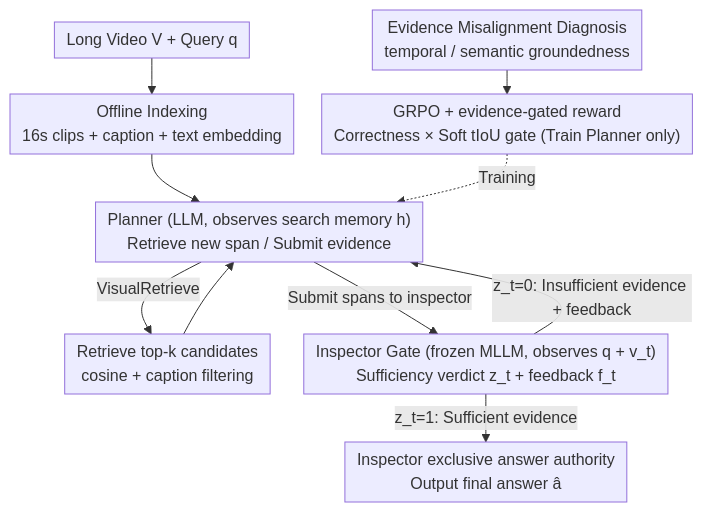
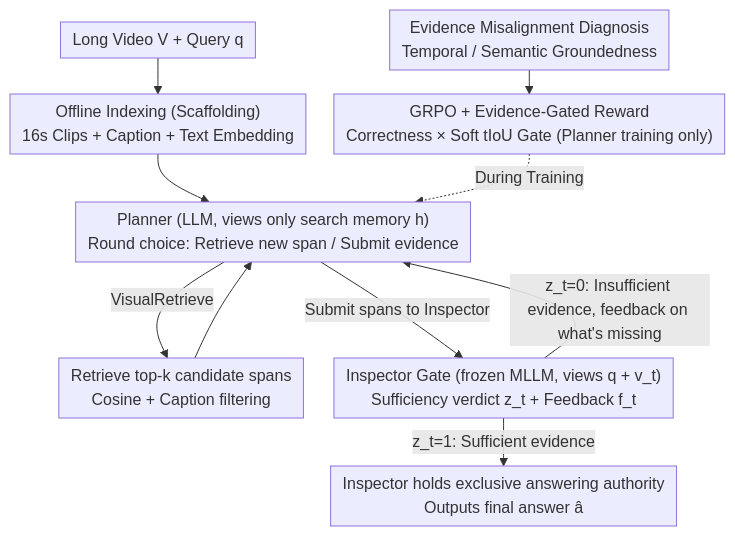
Before and after one commit to zhaoyang97/Paper-Notes-en: the diagram in docs/ICML2026/video_understanding/videoseal_mitigating_evidence_misalignment_in_agentic_long_video_understanding_b.md, drawn with Mermaid. The commit also changed other lines of this file and 5084 other files, not shown here.

````diff
--- a/docs/ICML2026/video_understanding/videoseal_mitigating_evidence_misalignment_in_agentic_long_video_understanding_b.md
+++ b/docs/ICML2026/video_understanding/videoseal_mitigating_evidence_misalignment_in_agentic_long_video_understanding_b.md
@@ -47,13 +47,13 @@
 ```mermaid
 %%{init: {'flowchart': {'rankSpacing': 24, 'nodeSpacing': 28, 'padding': 6, 'wrappingWidth': 400}}}%%
 flowchart TD
-    V["Long Video V + Query q"] --> CLIP["Offline Indexing<br/>16s clips + caption + text embedding"]
-    CLIP --> P["Planner (LLM, observes search memory h)<br/>Retrieve new span / Submit evidence"]
-    P -->|VisualRetrieve| R["Retrieve top-k candidates<br/>cosine + caption filtering"]
+    V["Long Video V + Query q"] --> CLIP["Offline Indexing (Scaffolding)<br/>16s Clips + Caption + Text Embedding"]
+    CLIP --> P["Planner (LLM, views only search memory h)<br/>Round choice: Retrieve new span / Submit evidence"]
+    P -->|VisualRetrieve| R["Retrieve top-k candidate spans<br/>Cosine + Caption filtering"]
     R --> P
-    P -->|"Submit spans to inspector"| I["Inspector Gate (frozen MLLM, observes q + v_t)<br/>Sufficiency verdict z_t + feedback f_t"]
-    I -->|"z_t=0: Insufficient evidence + feedback"| P
-    I -->|"z_t=1: Sufficient evidence"| ANS["Inspector exclusive answer authority<br/>Output final answer â"]
-    DIAG["Evidence Misalignment Diagnosis<br/>temporal / semantic groundedness"] --> RWD["GRPO + evidence-gated reward<br/>Correctness × Soft tIoU gate (Train Planner only)"]
-    RWD -.Training.-> P
+    P -->|"Submit spans to Inspector"| I["Inspector Gate (frozen MLLM, views q + v_t)<br/>Sufficiency verdict z_t + Feedback f_t"]
+    I -->|"z_t=0: Insufficient evidence, feedback on what's missing"| P
+    I -->|"z_t=1: Sufficient evidence"| ANS["Inspector holds exclusive answering authority<br/>Outputs final answer â"]
+    DIAG["Evidence Misalignment Diagnosis<br/>Temporal / Semantic Groundedness"] --> RWD["GRPO + Evidence-Gated Reward<br/>Correctness × Soft tIoU Gate (Planner training only)"]
+    RWD -.During Training.-> P
 ```
````
